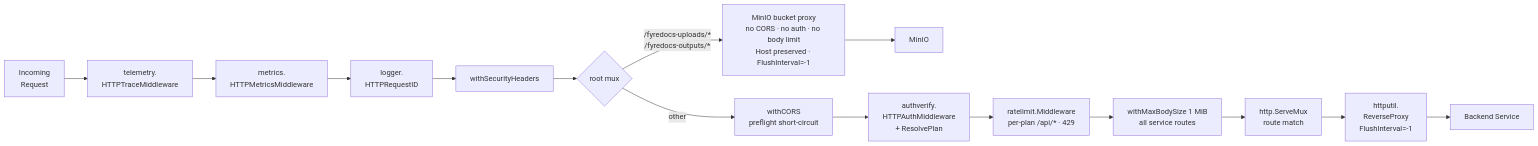
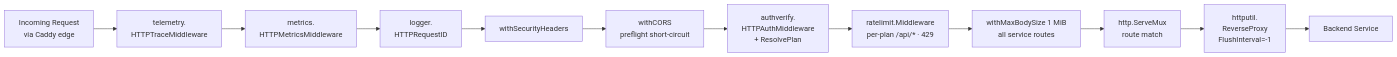
Before and after one commit to Prachidubey2003/fyredocs_backend: the second of 4 diagrams in docs/developer/mermaid/service-api-gateway-architecture.md, drawn with Mermaid. The commit also changed other lines of this file and 130 other files, not shown here.

````diff
--- a/docs/developer/mermaid/service-api-gateway-architecture.md
+++ b/docs/developer/mermaid/service-api-gateway-architecture.md
@@ -108,17 +99,14 @@
 ```mermaid
 flowchart LR
-    A[Incoming<br/>Request] --> B[telemetry.<br/>HTTPTraceMiddleware]
+    A[Incoming Request<br/>via Caddy edge] --> B[telemetry.<br/>HTTPTraceMiddleware]
     B --> C[metrics.<br/>HTTPMetricsMiddleware]
     C --> D[logger.<br/>HTTPRequestID]
     D --> E[withSecurityHeaders]
-    E --> R{root mux}
-    R -->|"/fyredocs-uploads/*<br/>/fyredocs-outputs/*"| M[MinIO bucket proxy<br/>no CORS · no auth · no body limit<br/>Host preserved · FlushInterval=-1]
-    M --> S3[MinIO]
-    R -->|other| F[withCORS<br/>preflight short-circuit]
+    E --> F[withCORS<br/>preflight short-circuit]
     F --> G[authverify.<br/>HTTPAuthMiddleware<br/>+ ResolvePlan]
     G --> RL[ratelimit.Middleware<br/>per-plan /api/* · 429]
     RL --> H[withMaxBodySize 1 MiB<br/>all service routes]
     H --> I[http.ServeMux<br/>route match]
     I --> J[httputil.<br/>ReverseProxy<br/>FlushInterval=-1]
     J --> K[Backend Service]
 ```
````
